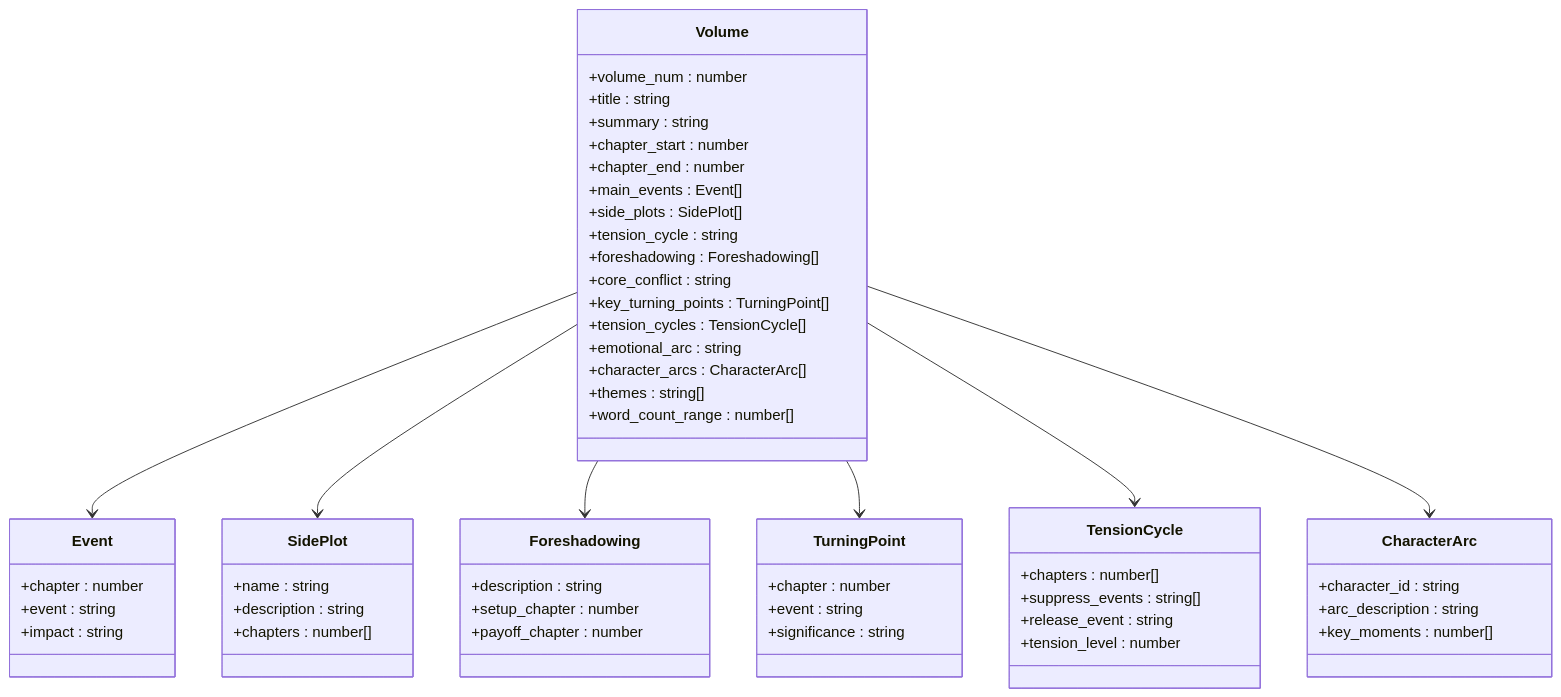
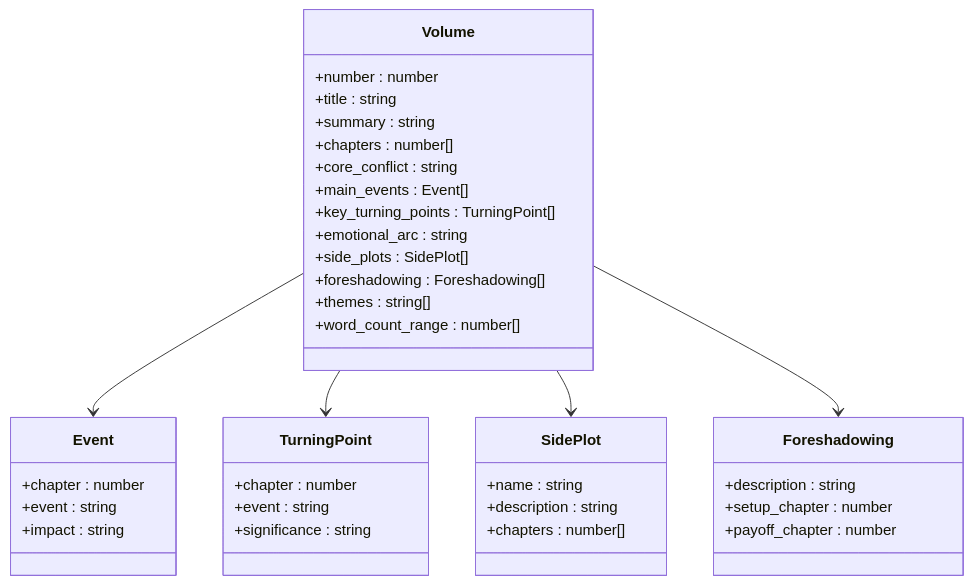
One commit to xfbyxq/ai-novel-system changed the second of 6 diagrams in .qoder/repowiki/zh/content/Chapter Decomposition Tab.md. Above: the diagram before and after it, drawn with Mermaid. The commit also changed other lines of this file and 28 other files, not shown here.

````diff
--- a/.qoder/repowiki/zh/content/Chapter Decomposition Tab.md
+++ b/.qoder/repowiki/zh/content/Chapter Decomposition Tab.md
@@ -88,58 +78,41 @@
 ```mermaid
 classDiagram
 class Volume {
-+volume_num : number
++number : number
 +title : string
 +summary : string
-+chapter_start : number
-+chapter_end : number
++chapters : number[]
++core_conflict : string
 +main_events : Event[]
++key_turning_points : TurningPoint[]
++emotional_arc : string
 +side_plots : SidePlot[]
-+tension_cycle : string
 +foreshadowing : Foreshadowing[]
-+core_conflict : string
-+key_turning_points : TurningPoint[]
-+tension_cycles : TensionCycle[]
-+emotional_arc : string
-+character_arcs : CharacterArc[]
 +themes : string[]
 +word_count_range : number[]
 }
 class Event {
 +chapter : number
 +event : string
 +impact : string
+}
+class TurningPoint {
++chapter : number
++event : string
++significance : string
 }
 class SidePlot {
 +name : string
 +description : string
 +chapters : number[]
 }
 class Foreshadowing {
 +description : string
 +setup_chapter : number
 +payoff_chapter : number
 }
-class TurningPoint {
-+chapter : number
-+event : string
-+significance : string
-}
-class TensionCycle {
-+chapters : number[]
-+suppress_events : string[]
-+release_event : string
-+tension_level : number
-}
-class CharacterArc {
-+character_id : string
-+arc_description : string
-+key_moments : number[]
-}
 Volume --> Event
+Volume --> TurningPoint
 Volume --> SidePlot
 Volume --> Foreshadowing
-Volume --> TurningPoint
-Volume --> TensionCycle
-Volume --> CharacterArc
 ```
````
